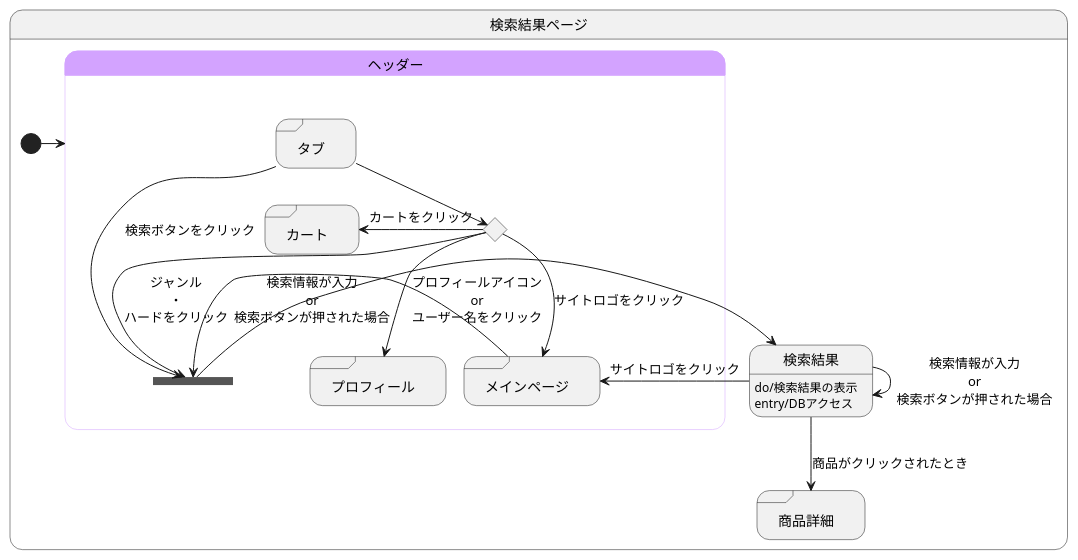
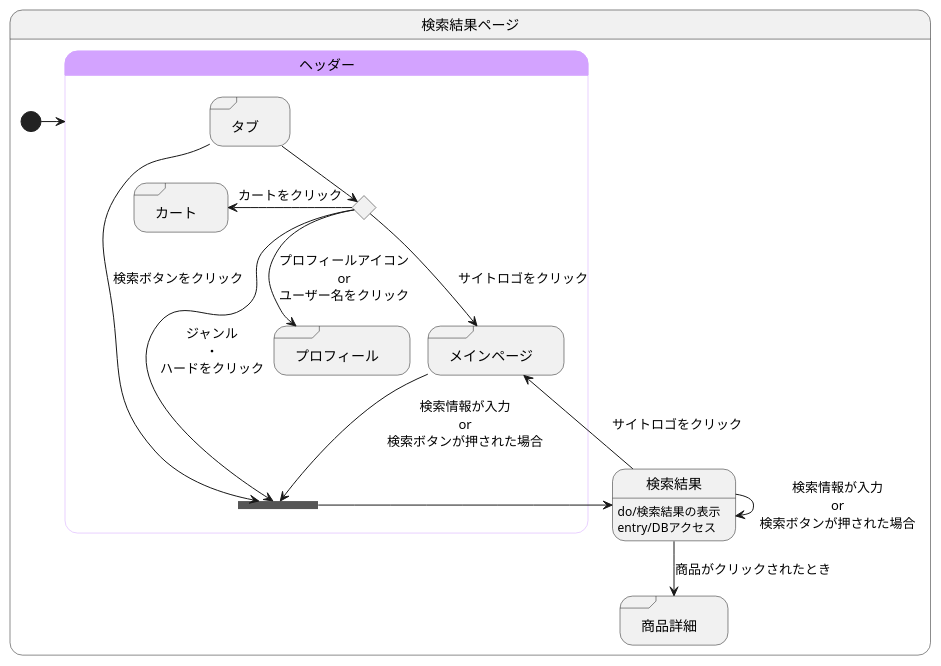
One commit to akutori/T-D-E changed the diagram in 検索結果.md. Above: the diagram before and after it, drawn with PlantUML.

Commit message:
位置の再修正

````diff
--- a/検索結果.md
+++ b/検索結果.md
@@ -1,45 +1,45 @@
 ```uml
 @startuml
 state 検索結果ページ{
 
 
     state 検索結果:do/検索結果の表示
     state 検索結果:entry/DBアクセス
     state "商品詳細" as goodsdetail <<sdlreceive>>
     
 
 
     [*] -> ヘッダー
     
     検索結果 --> goodsdetail :商品がクリックされたとき
     検索結果 --> 検索結果 :検索情報が入力\nor\n検索ボタンが押された場合
     
 
     state ヘッダー<<headder>>{
         state join_header <<join>>
         state ifinput <<choice>>
         state "タブ" as tab <<sdlreceive>>
         state "カート" as cart <<sdlreceive>>
         state "プロフィール" as profile <<sdlreceive>>
         state "メインページ" as mainpage <<sdlreceive>>
 
         tab -> join_header :検索ボタンをクリック
 
         tab --> ifinput 
         ifinput -left-> cart :カートをクリック
         ifinput --> profile :プロフィールアイコン\nor\nユーザー名をクリック
         ifinput --> mainpage :サイトロゴをクリック
         ifinput -> join_header :ジャンル\n・\nハードをクリック
 
-        mainpage -> join_header :検索情報が入力\nor\n検索ボタンが押された場合
+        mainpage --> join_header :検索情報が入力\nor\n検索ボタンが押された場合
         検索結果 --> mainpage :サイトロゴをクリック
         join_header -> 検索結果
     }
 
     skinparam stateBorderColor<<headder>> #d3a3ff
     state ヘッダー #d3a3ff
 
 }
 
 @enduml
 ```
````
